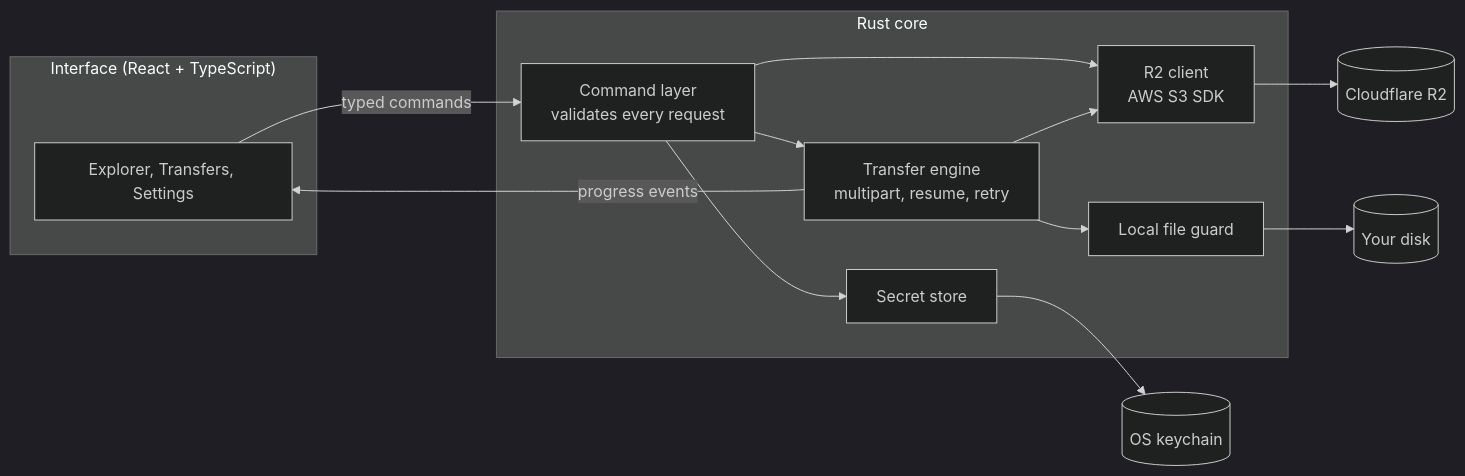
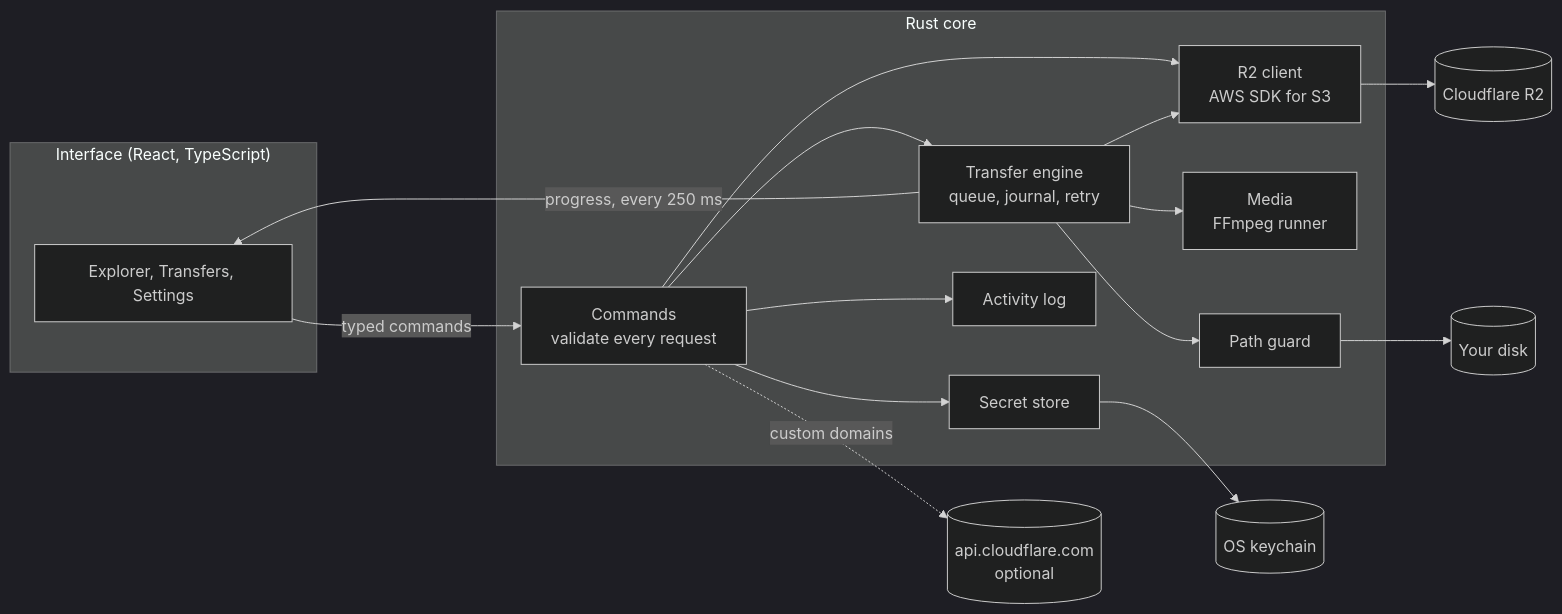
One commit to VijaysinghPuwar/R2Dock changed the first of 4 diagrams in README.md. Above: the diagram before and after it, drawn with Mermaid (dark theme). The commit also changed other lines of this file and 1 other file, not shown here.

Commit message:
Rewrite the README with diagrams, log samples, and a new walkthrough GIF

````diff
--- a/README.md
+++ b/README.md
@@ -88,24 +73,28 @@
 ```mermaid
 flowchart LR
-    subgraph UI["Interface (React + TypeScript)"]
+    subgraph UI["Interface (React, TypeScript)"]
         A[Explorer, Transfers, Settings]
     end
     subgraph Core["Rust core"]
-        B[Command layer<br/>validates every request]
-        C[R2 client<br/>AWS S3 SDK]
-        D[Transfer engine<br/>multipart, resume, retry]
+        B[Commands<br/>validate every request]
+        C[R2 client<br/>AWS SDK for S3]
+        D[Transfer engine<br/>queue, journal, retry]
+        M[Media<br/>FFmpeg runner]
         E[Secret store]
-        F[Local file guard]
+        F[Path guard]
+        G[Activity log]
     end
     K[(OS keychain)]
     R[(Cloudflare R2)]
+    CF[(api.cloudflare.com<br/>optional)]
     L[(Your disk)]
 
     A -- typed commands --> B
-    D -- progress events --> A
-    B --> C & D & E
+    D -- progress, every 250 ms --> A
+    B --> C & D & E & G
+    D --> M & C
     E --> K
     C --> R
-    D --> C
+    B -. custom domains .-> CF
     D --> F --> L
 ```
````
